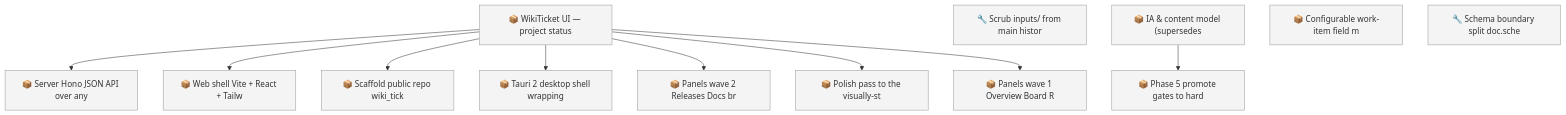
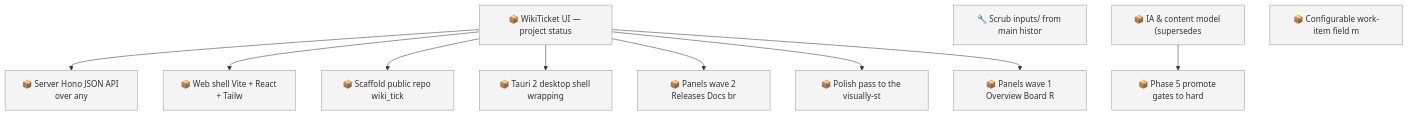
The first of 2 diagrams in docs/roadmap.md (SpillwaveSolutions/wiki_ticket_sdd), drawn with Mermaid before and after one commit. The commit also changed other lines of this file and 6 other files, not shown here.

First line of the commit message:
chore(sync): close #111 (shipped in PR #112); roadmap + index refresh

````diff
--- a/docs/roadmap.md
+++ b/docs/roadmap.md
@@ -71,26 +70,25 @@
 ```mermaid
 graph TD
     01KY111BC71KJGNH55CB2DWMKN["📦 Server Hono JSON API over any"]
     01KY111BC7B70C7M2RF1E57G17["📦 Web shell Vite + React + Tailw"]
     01KY111BC7NJ4BE7JBDK2P6Y56["📦 Scaffold public repo wiki_tick"]
     01KY111BC7PABV8W6SDNVQACSN["📦 WikiTicket UI — project status"]
     01KY111BC842N3J7Y7H85NHSEG["📦 Tauri 2 desktop shell wrapping"]
     01KY111BC88FS6QD49JADZ9CJ5["📦 Panels wave 2 Releases Docs br"]
     01KY111BC8F9BH0T3TERYEFC3C["📦 Polish pass to the visually-st"]
     01KY111BC8QJAS9KH7N368N6RF["📦 Panels wave 1 Overview Board R"]
     01KY2KHHF43KAZ54F57BQW71TD["🔧 Scrub inputs/ from main histor"]
     01KY5G9ZW0H2YMNWDFJYGRPYE5["📦 IA & content model (supersedes"]
     01KY5G9ZW0RABXWHEMEP1FAV2G["📦 Phase 5 promote gates to hard"]
     01KY5NE0ZYGBWG44N0KPEBFCZ8["📦 Configurable work-item field m"]
-    01KY5QV5G05V77TKESCJVY62S3["🔧 Schema boundary split doc.sche"]
     01KY111BC7PABV8W6SDNVQACSN --> 01KY111BC71KJGNH55CB2DWMKN
     01KY111BC7PABV8W6SDNVQACSN --> 01KY111BC7B70C7M2RF1E57G17
     01KY111BC7PABV8W6SDNVQACSN --> 01KY111BC7NJ4BE7JBDK2P6Y56
     01KY111BC7PABV8W6SDNVQACSN --> 01KY111BC842N3J7Y7H85NHSEG
     01KY111BC7PABV8W6SDNVQACSN --> 01KY111BC88FS6QD49JADZ9CJ5
     01KY111BC7PABV8W6SDNVQACSN --> 01KY111BC8F9BH0T3TERYEFC3C
     01KY111BC7PABV8W6SDNVQACSN --> 01KY111BC8QJAS9KH7N368N6RF
     01KY5G9ZW0H2YMNWDFJYGRPYE5 --> 01KY5G9ZW0RABXWHEMEP1FAV2G
     classDef todo fill:#f4f4f4,stroke:#999999
-    class 01KY111BC71KJGNH55CB2DWMKN,01KY111BC7B70C7M2RF1E57G17,01KY111BC7NJ4BE7JBDK2P6Y56,01KY111BC7PABV8W6SDNVQACSN,01KY111BC842N3J7Y7H85NHSEG,01KY111BC88FS6QD49JADZ9CJ5,01KY111BC8F9BH0T3TERYEFC3C,01KY111BC8QJAS9KH7N368N6RF,01KY2KHHF43KAZ54F57BQW71TD,01KY5G9ZW0H2YMNWDFJYGRPYE5,01KY5G9ZW0RABXWHEMEP1FAV2G,01KY5NE0ZYGBWG44N0KPEBFCZ8,01KY5QV5G05V77TKESCJVY62S3 todo
+    class 01KY111BC71KJGNH55CB2DWMKN,01KY111BC7B70C7M2RF1E57G17,01KY111BC7NJ4BE7JBDK2P6Y56,01KY111BC7PABV8W6SDNVQACSN,01KY111BC842N3J7Y7H85NHSEG,01KY111BC88FS6QD49JADZ9CJ5,01KY111BC8F9BH0T3TERYEFC3C,01KY111BC8QJAS9KH7N368N6RF,01KY2KHHF43KAZ54F57BQW71TD,01KY5G9ZW0H2YMNWDFJYGRPYE5,01KY5G9ZW0RABXWHEMEP1FAV2G,01KY5NE0ZYGBWG44N0KPEBFCZ8 todo
 ```
````
